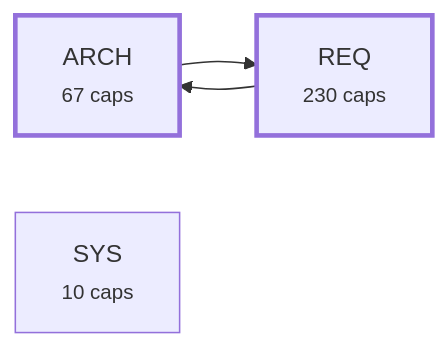
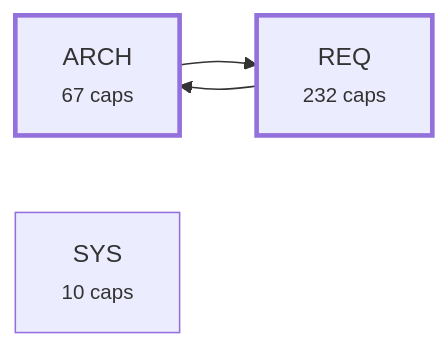
One commit to alxmax/Requirement-manager changed the third of 4 diagrams in plugin/requirements/_map.md. Above: the diagram before and after it, drawn with Mermaid. The commit also changed other lines of this file and 36 other files, not shown here.

````diff
--- a/plugin/requirements/_map.md
+++ b/plugin/requirements/_map.md
@@ -1072,10 +1074,10 @@
 ```mermaid
 graph LR
   a_ARCH["ARCH<br><small>67 caps</small>"]
-  a_REQ["REQ<br><small>230 caps</small>"]
+  a_REQ["REQ<br><small>232 caps</small>"]
   a_SYS["SYS<br><small>10 caps</small>"]
   a_ARCH --> a_REQ
   a_REQ --> a_ARCH
   style a_ARCH stroke-width:3px
   style a_REQ stroke-width:3px
 ```
````
